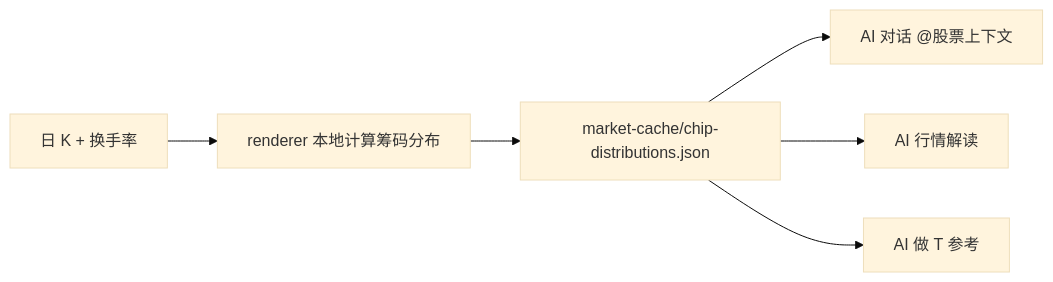
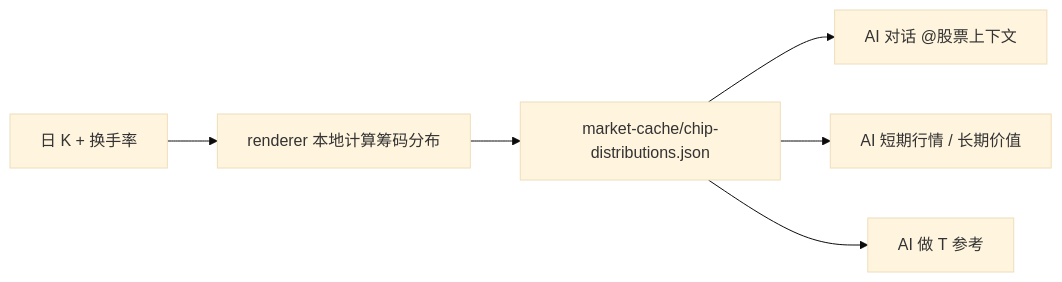
Before and after one commit to SingleOne/JianZhang: the second of 2 diagrams in docs/wiki/08-ai-extension-points.md, drawn with Mermaid (base theme). The commit also changed other lines of this file and 18 other files, not shown here.

````diff
--- a/docs/wiki/08-ai-extension-points.md
+++ b/docs/wiki/08-ai-extension-points.md
@@ -138,8 +142,8 @@
 ```mermaid
 flowchart LR
     DAILY["日 K + 换手率"] --> CALC["renderer 本地计算筹码分布"]
     CALC --> CACHE["market-cache/chip-distributions.json"]
     CACHE --> CHAT["AI 对话 @股票上下文"]
-    CACHE --> ANALYSIS["AI 行情解读"]
+    CACHE --> ANALYSIS["AI 短期行情 / 长期价值"]
     CACHE --> ADVICE["AI 做 T 参考"]
 ```
````
